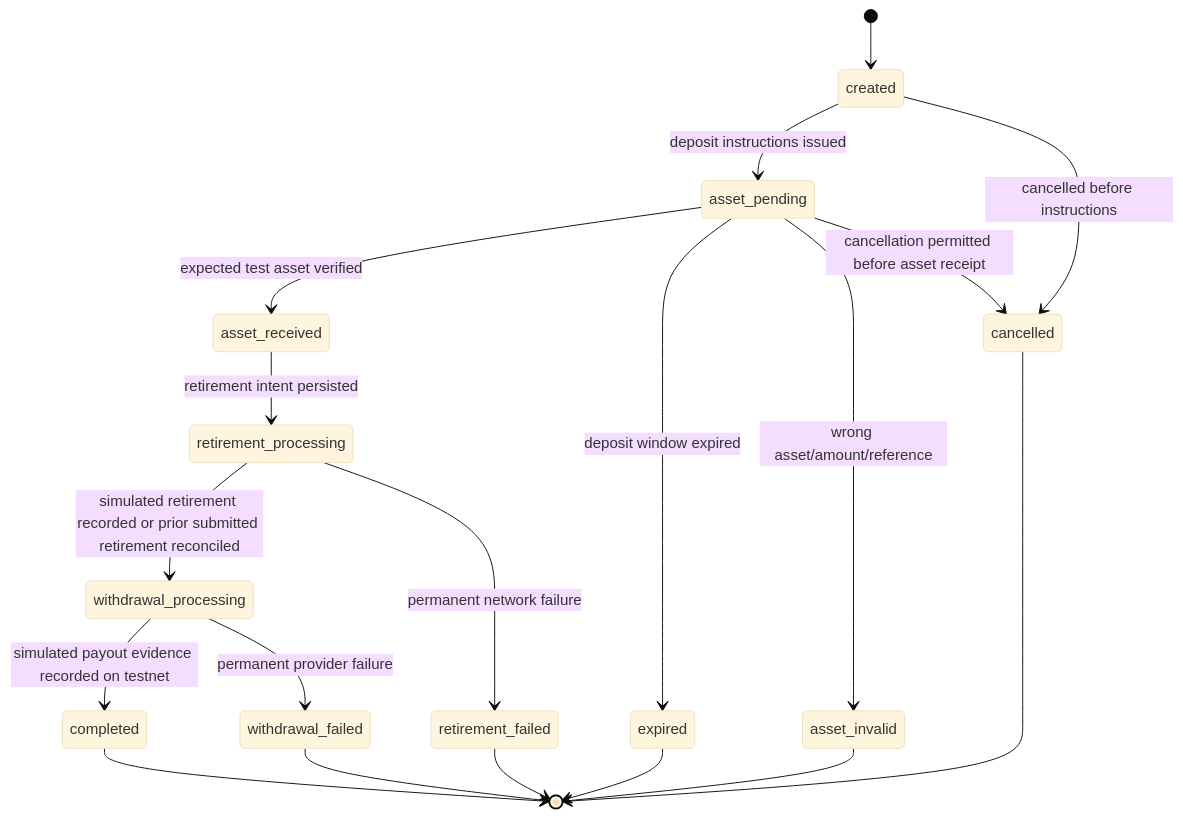
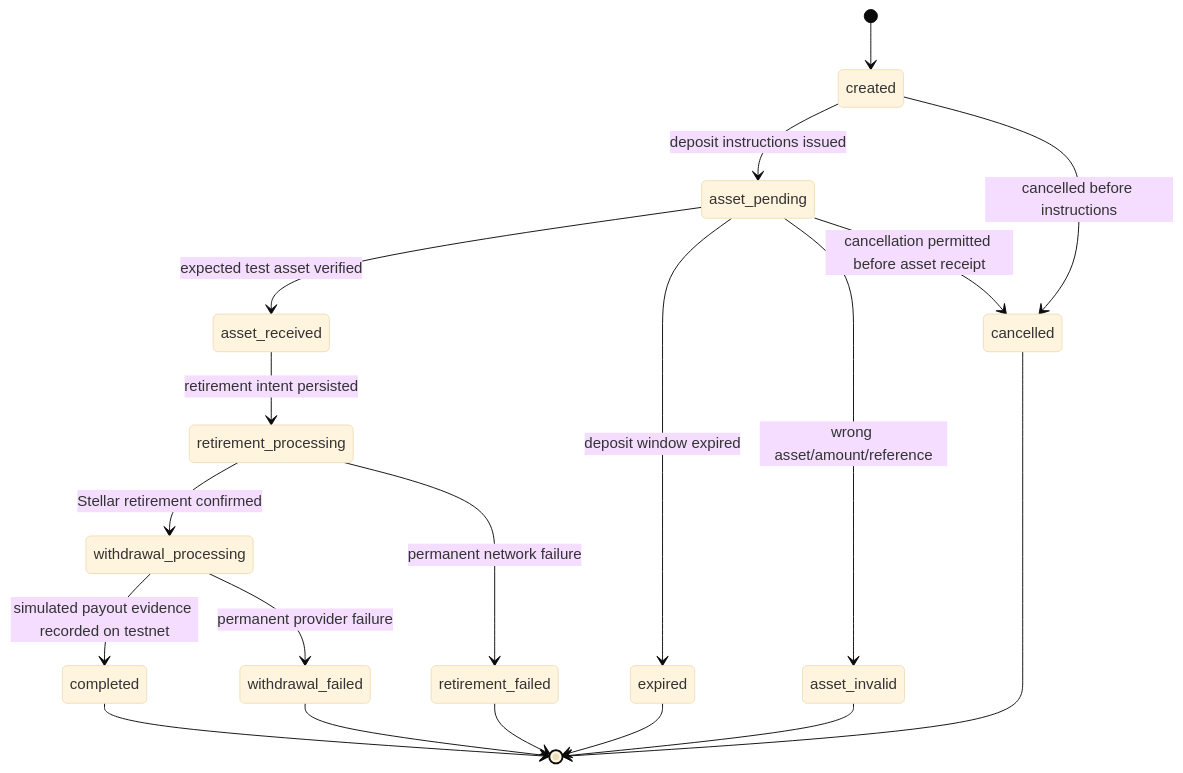
The second of 2 diagrams in documentations/backend/ORDER-STATE-MACHINES.md (kailopay/kailo-be), drawn with Mermaid (base theme) before and after one commit. The commit also changed other lines of this file and 39 other files, not shown here.

````diff
--- a/documentations/backend/ORDER-STATE-MACHINES.md
+++ b/documentations/backend/ORDER-STATE-MACHINES.md
@@ -66,21 +66,21 @@
 ```mermaid
 stateDiagram-v2
     [*] --> created
     created --> asset_pending: deposit instructions issued
     asset_pending --> asset_received: expected test asset verified
     asset_pending --> expired: deposit window expired
     asset_pending --> asset_invalid: wrong asset/amount/reference
     asset_received --> retirement_processing: retirement intent persisted
-    retirement_processing --> withdrawal_processing: simulated retirement recorded or prior submitted retirement reconciled
+    retirement_processing --> withdrawal_processing: Stellar retirement confirmed
     retirement_processing --> retirement_failed: permanent network failure
     withdrawal_processing --> completed: simulated payout evidence recorded on testnet
     withdrawal_processing --> withdrawal_failed: permanent provider failure
     created --> cancelled: cancelled before instructions
     asset_pending --> cancelled: cancellation permitted before asset receipt
     completed --> [*]
     expired --> [*]
     asset_invalid --> [*]
     retirement_failed --> [*]
     withdrawal_failed --> [*]
     cancelled --> [*]
 ```
````
